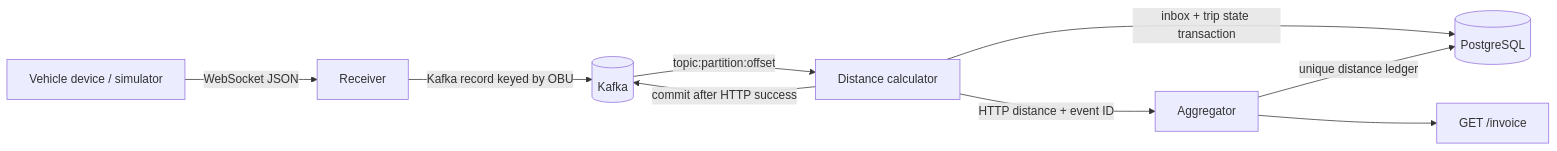
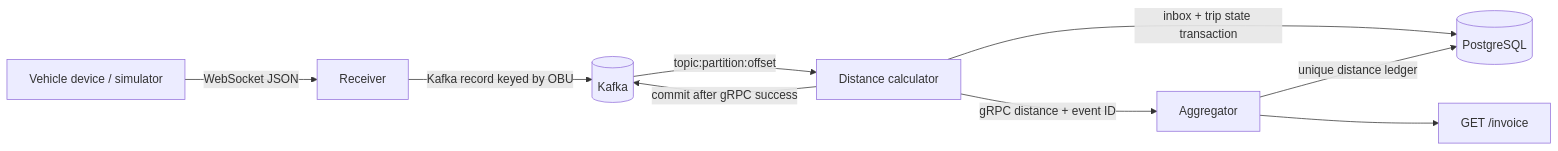
Before and after one commit to Tanmoy095/FleetToll-Engine: the diagram in Readme.md, drawn with Mermaid. The commit also changed other lines of this file and 13 other files, not shown here.

````diff
--- a/Readme.md
+++ b/Readme.md
@@ -24,11 +25,11 @@
 ```mermaid
 flowchart LR
   Device[Vehicle device / simulator] -->|WebSocket JSON| Receiver[Receiver]
   Receiver -->|Kafka record keyed by OBU| Kafka[(Kafka)]
   Kafka -->|topic:partition:offset| Calculator[Distance calculator]
   Calculator -->|inbox + trip state transaction| DB[(PostgreSQL)]
-  Calculator -->|HTTP distance + event ID| Aggregator[Aggregator]
+  Calculator -->|gRPC distance + event ID| Aggregator[Aggregator]
   Aggregator -->|unique distance ledger| DB
   Aggregator --> Invoice[GET /invoice]
-  Calculator -->|commit after HTTP success| Kafka
+  Calculator -->|commit after gRPC success| Kafka
 ```
````
